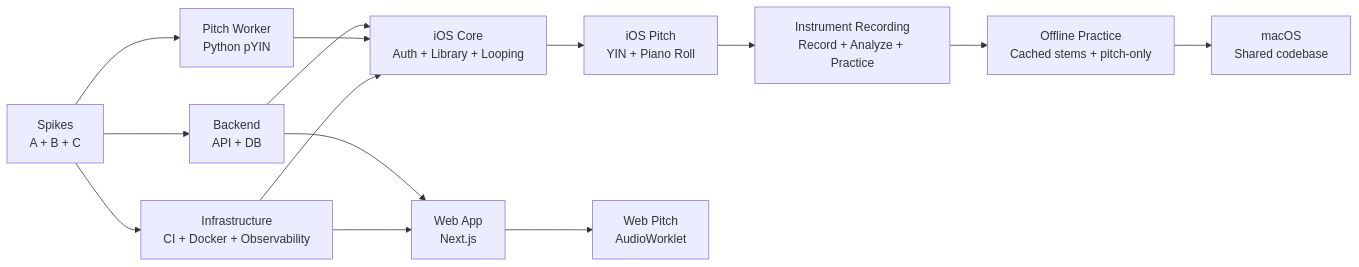
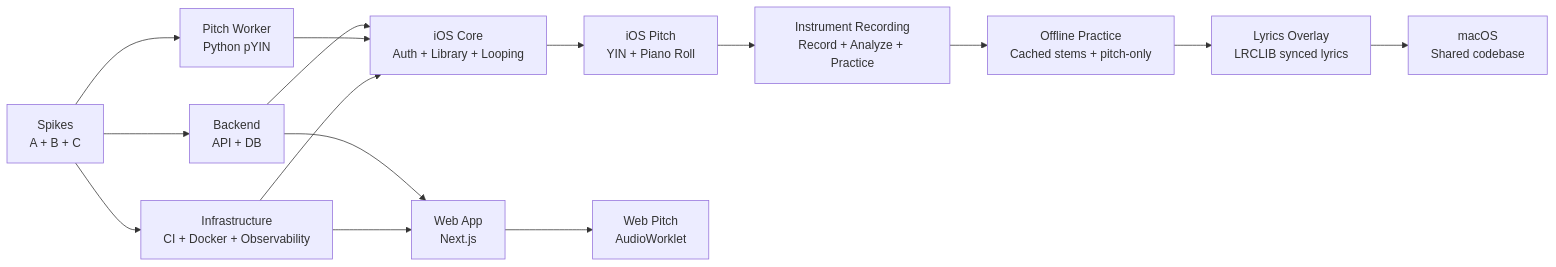
One commit to pawelgawliczek/intonavio changed the second of 2 diagrams in docs/10-implementation-phases.md. Above: the diagram before and after it, drawn with Mermaid. The commit also changed other lines of this file and 10 other files, not shown here.

````diff
--- a/docs/10-implementation-phases.md
+++ b/docs/10-implementation-phases.md
@@ -73,19 +77,20 @@
 ```mermaid
 graph LR
     Spikes[Spikes<br/>A + B + C] --> Backend[Backend<br/>API + DB]
     Spikes --> PitchWorker[Pitch Worker<br/>Python pYIN]
     Spikes --> Infra[Infrastructure<br/>CI + Docker + Observability]
 
     Backend --> iOSCore[iOS Core<br/>Auth + Library + Looping]
     Backend --> WebApp[Web App<br/>Next.js]
     PitchWorker --> iOSCore
     Infra --> iOSCore
     Infra --> WebApp
 
     iOSCore --> iOSPitch[iOS Pitch<br/>YIN + Piano Roll]
     WebApp --> WebPitch[Web Pitch<br/>AudioWorklet]
 
     iOSPitch --> InstrRec[Instrument Recording<br/>Record + Analyze + Practice]
     InstrRec --> Offline[Offline Practice<br/>Cached stems + pitch-only]
-    Offline --> macOS[macOS<br/>Shared codebase]
+    Offline --> Lyrics[Lyrics Overlay<br/>LRCLIB synced lyrics]
+    Lyrics --> macOS[macOS<br/>Shared codebase]
 ```
````
